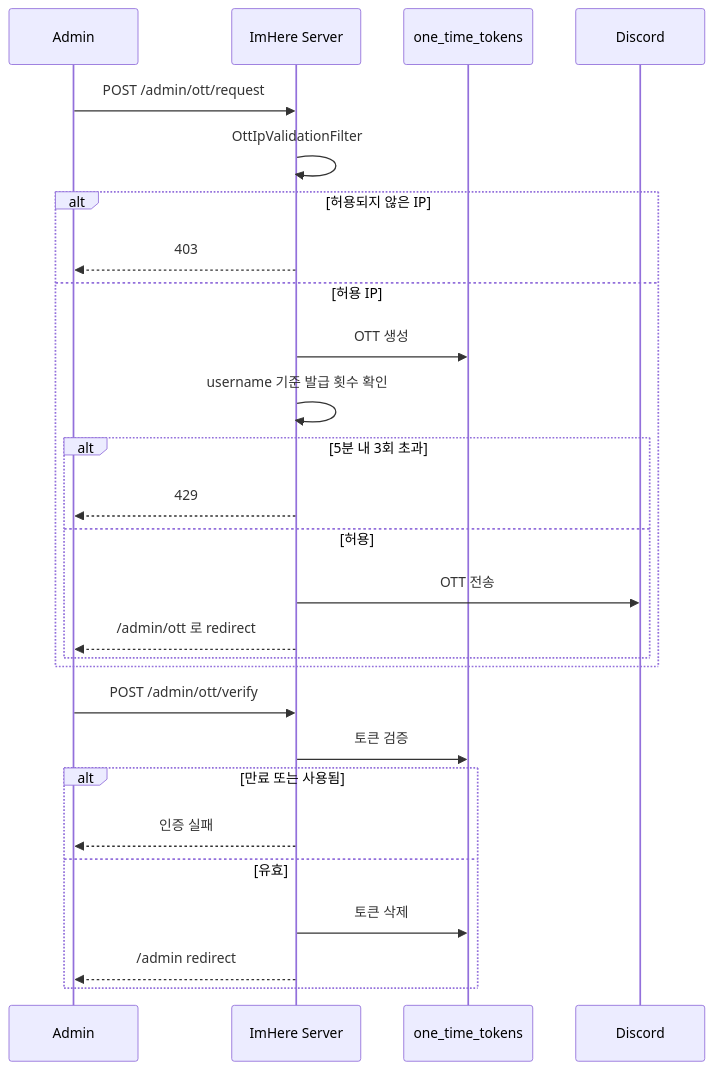
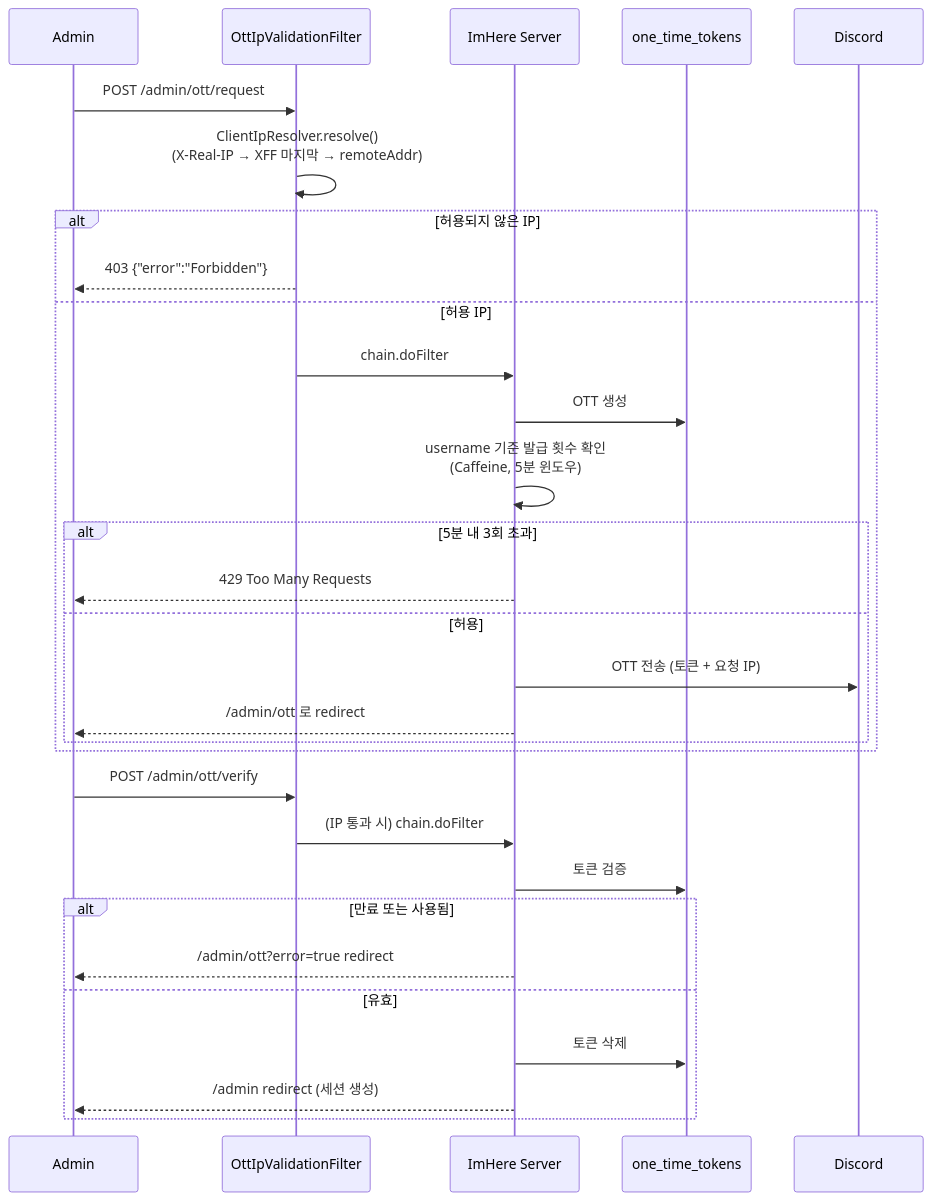
One commit to ImHereOfRati/server changed the diagram in docs/flows/admin-ott.md. Above: the diagram before and after it, drawn with Mermaid. The commit also changed other lines of this file and 6 other files, not shown here.

````diff
--- a/docs/flows/admin-ott.md
+++ b/docs/flows/admin-ott.md
@@ -19,31 +23,34 @@
 ```mermaid
 sequenceDiagram
     participant Admin
+    participant Filter as OttIpValidationFilter
     participant Server as ImHere Server
     participant DB as one_time_tokens
     participant Discord
 
-    Admin->>Server: POST /admin/ott/request
-    Server->>Server: OttIpValidationFilter
+    Admin->>Filter: POST /admin/ott/request
+    Filter->>Filter: ClientIpResolver.resolve()<br/>(X-Real-IP → XFF 마지막 → remoteAddr)
     alt 허용되지 않은 IP
-        Server-->>Admin: 403
+        Filter-->>Admin: 403 {"error":"Forbidden"}
     else 허용 IP
+        Filter->>Server: chain.doFilter
         Server->>DB: OTT 생성
-        Server->>Server: username 기준 발급 횟수 확인
+        Server->>Server: username 기준 발급 횟수 확인<br/>(Caffeine, 5분 윈도우)
         alt 5분 내 3회 초과
-            Server-->>Admin: 429
+            Server-->>Admin: 429 Too Many Requests
         else 허용
-            Server->>Discord: OTT 전송
+            Server->>Discord: OTT 전송 (토큰 + 요청 IP)
             Server-->>Admin: /admin/ott 로 redirect
         end
     end
 
-    Admin->>Server: POST /admin/ott/verify
+    Admin->>Filter: POST /admin/ott/verify
+    Filter->>Server: (IP 통과 시) chain.doFilter
     Server->>DB: 토큰 검증
     alt 만료 또는 사용됨
-        Server-->>Admin: 인증 실패
+        Server-->>Admin: /admin/ott?error=true redirect
     else 유효
         Server->>DB: 토큰 삭제
-        Server-->>Admin: /admin redirect
+        Server-->>Admin: /admin redirect (세션 생성)
     end
 ```
````
